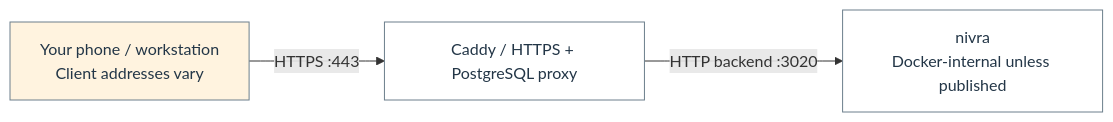
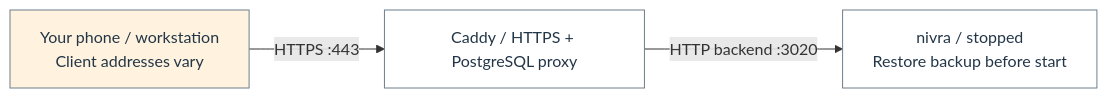
Before and after one commit to Harsh-2002/Homelab: the diagram in docs/architecture/flow-12.mmd, drawn with Mermaid. The commit also changed 77 other files, not shown here.

```diff
--- a/docs/architecture/flow-12.mmd
+++ b/docs/architecture/flow-12.mmd
@@ -1,10 +1,10 @@
 flowchart LR
   n_flow_12_0["Your phone / workstation<br/>Client addresses vary"]
   n_flow_12_1["Caddy / HTTPS + PostgreSQL proxy"]
-  n_flow_12_2["nivra<br/>Docker-internal unless published"]
+  n_flow_12_2["nivra / stopped<br/>Restore backup before start"]
   n_flow_12_0 -->|"HTTPS :443"| n_flow_12_1
   n_flow_12_1 -->|"HTTP backend :3020"| n_flow_12_2
   classDef c_flow_12_0 fill:#fff3df,stroke:#6c7f8c,color:#233647;
   class n_flow_12_0 c_flow_12_0;
   classDef c_flow_12_1 fill:#ffffff,stroke:#6c7f8c,color:#233647;
   class n_flow_12_1,n_flow_12_2 c_flow_12_1;
```
